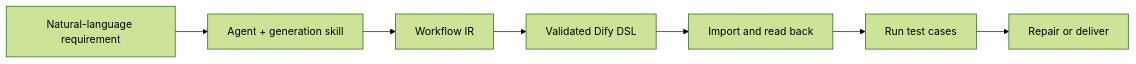
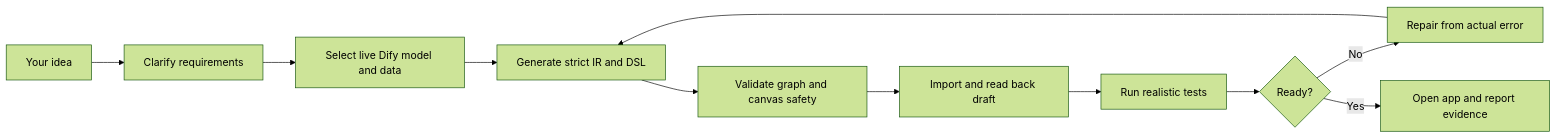
One commit to MQM233/dify-workflow-mcp changed the diagram in README.md. Above: the diagram before and after it, drawn with Mermaid (forest theme). The commit also changed other lines of this file and 2 other files, not shown here.

````diff
--- a/README.md
+++ b/README.md
@@ -17,9 +39,13 @@
 ```mermaid
 flowchart LR
-  A["Natural-language requirement"] --> B["Agent + generation skill"]
-  B --> C["Workflow IR"]
-  C --> D["Validated Dify DSL"]
-  D --> E["Import and read back"]
-  E --> F["Run test cases"]
-  F --> G["Repair or deliver"]
+  A["Your idea"] --> B["Clarify requirements"]
+  B --> C["Select live Dify model and data"]
+  C --> D["Generate strict IR and DSL"]
+  D --> E["Validate graph and canvas safety"]
+  E --> F["Import and read back draft"]
+  F --> G["Run realistic tests"]
+  G --> H{"Ready?"}
+  H -- "No" --> I["Repair from actual error"]
+  I --> D
+  H -- "Yes" --> J["Open app and report evidence"]
 ```
````
